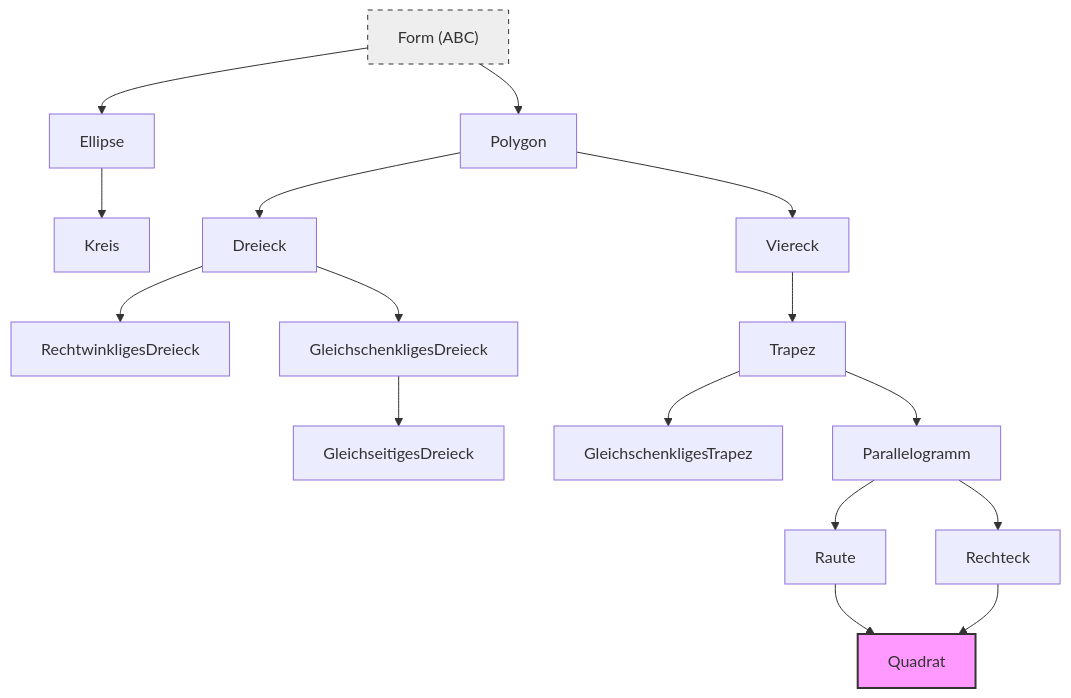
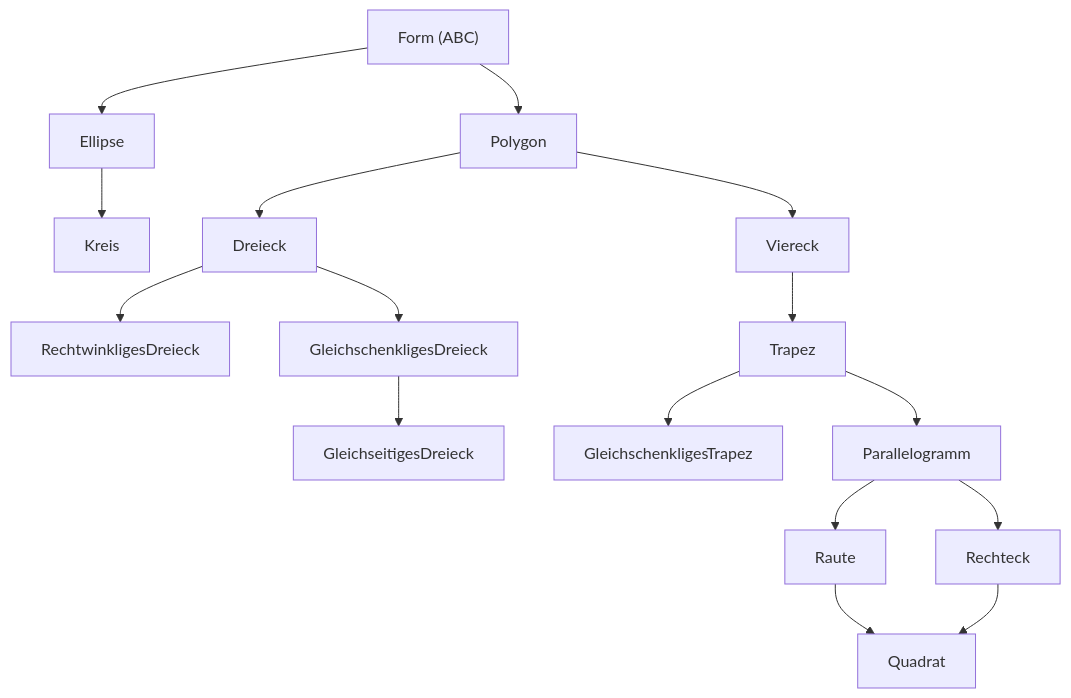
The diagram in README.md (oliver-devs/py-euclid), drawn with Mermaid before and after one commit.

Commit message:
Remove style definitions from README
Removed style definitions for Quadrat and Form.

````diff
--- a/README.md
+++ b/README.md
@@ -71,25 +71,22 @@
 ```mermaid
 graph TD
     Form["Form (ABC)"] --> Polygon
     Form --> Ellipse
     Ellipse --> Kreis
 
     Polygon --> Dreieck
     Polygon --> Viereck
 
     Dreieck --> RechtwinkligesDreieck
     Dreieck --> GleichschenkligesDreieck
     GleichschenkligesDreieck --> GleichseitigesDreieck
 
     Viereck --> Trapez
     Trapez --> GleichschenkligesTrapez
     Trapez --> Parallelogramm
     Parallelogramm --> Raute
     Parallelogramm --> Rechteck
 
     Raute --> Quadrat
     Rechteck --> Quadrat
-
-    style Quadrat fill:#f9f,stroke:#333,stroke-width:2px
-    style Form fill:#eee,stroke:#333,stroke-dasharray: 5 5
 ```
````
